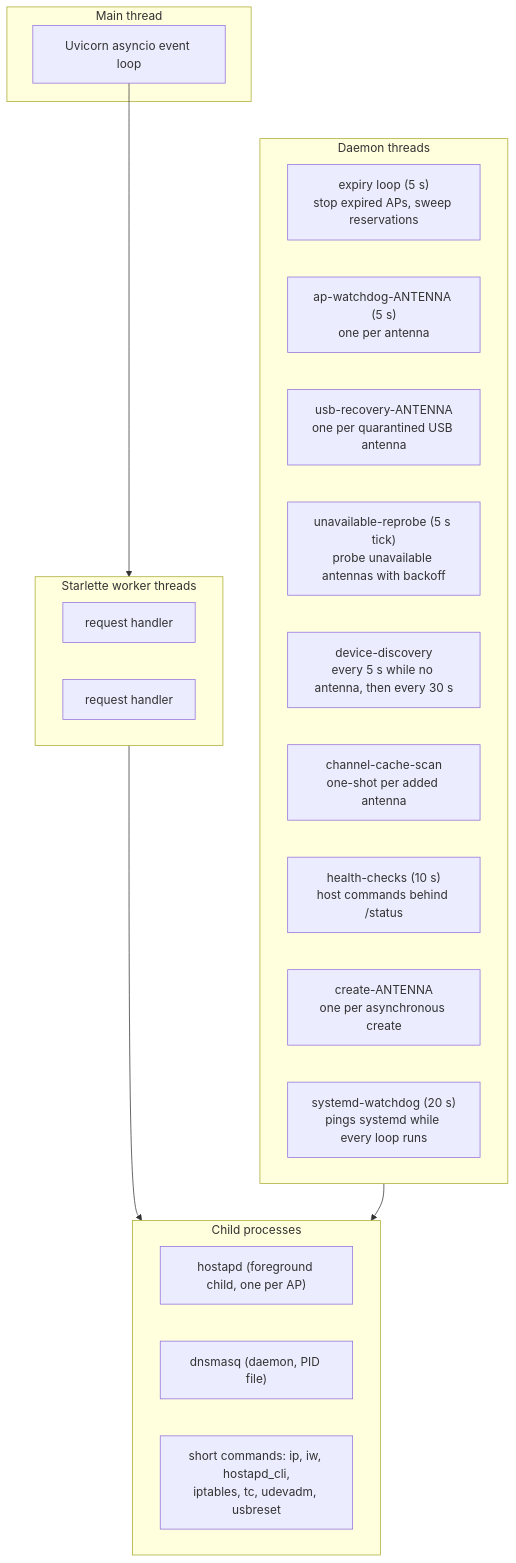
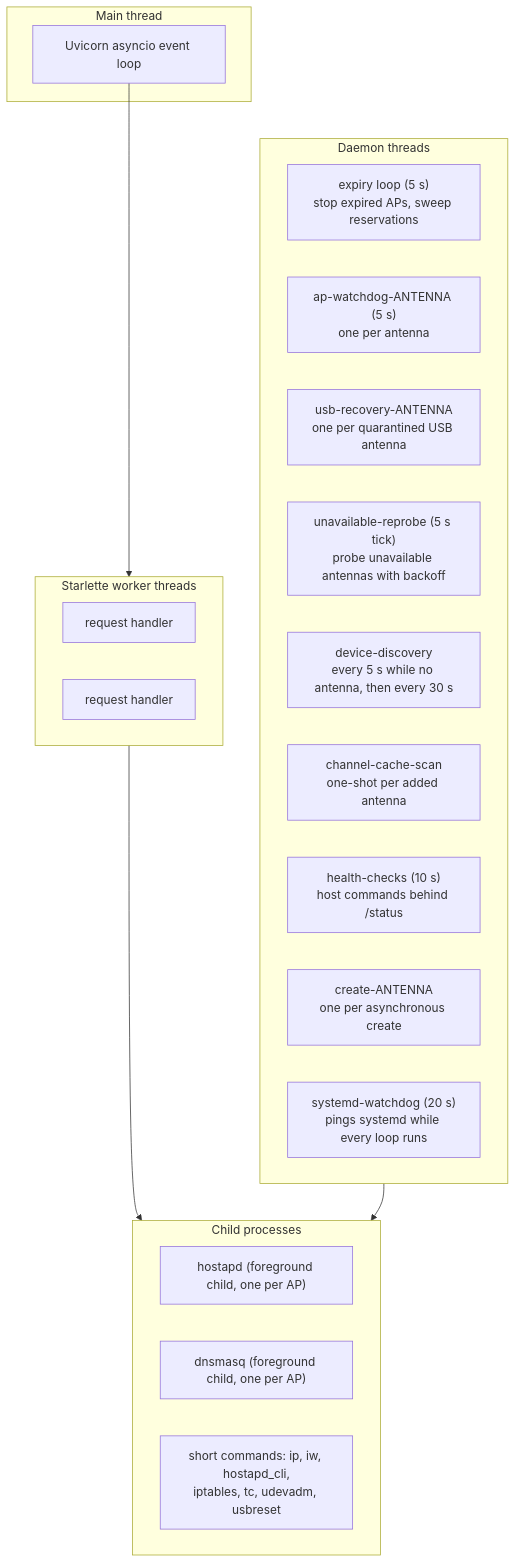
One commit to caporalesimone/wi-lab changed the fifth of 15 diagrams in docs/architecture.md. Above: the diagram before and after it, drawn with Mermaid. The commit also changed other lines of this file and 9 other files, not shown here.

First line of the commit message:
refactor(dhcp): dnsmasq as a foreground child (ARCH-6)

````diff
--- a/docs/architecture.md
+++ b/docs/architecture.md
@@ -273,29 +272,29 @@
 ```mermaid
 flowchart TB
     subgraph EventLoop["Main thread"]
         EL["Uvicorn asyncio event loop"]
     end
     subgraph Pool["Starlette worker threads"]
         H1["request handler"]
         H2["request handler"]
     end
     subgraph Background["Daemon threads"]
         EX["expiry loop (5 s)<br/>stop expired APs, sweep reservations"]
         WDT["ap-watchdog-ANTENNA (5 s)<br/>one per antenna"]
         UR["usb-recovery-ANTENNA<br/>one per quarantined USB antenna"]
         RP["unavailable-reprobe (5 s tick)<br/>probe unavailable antennas with backoff"]
         DS["device-discovery<br/>every 5 s while no antenna, then every 30 s"]
         CC["channel-cache-scan<br/>one-shot per added antenna"]
         HC["health-checks (10 s)<br/>host commands behind /status"]
         CJ["create-ANTENNA<br/>one per asynchronous create"]
         SN["systemd-watchdog (20 s)<br/>pings systemd while every loop runs"]
     end
     subgraph Children["Child processes"]
         HP["hostapd (foreground child, one per AP)"]
-        DQ["dnsmasq (daemon, PID file)"]
+        DQ["dnsmasq (foreground child, one per AP)"]
         SC["short commands: ip, iw, hostapd_cli,<br/>iptables, tc, udevadm, usbreset"]
     end
     EL --> Pool
     Pool --> Children
     Background --> Children
 ```
````
